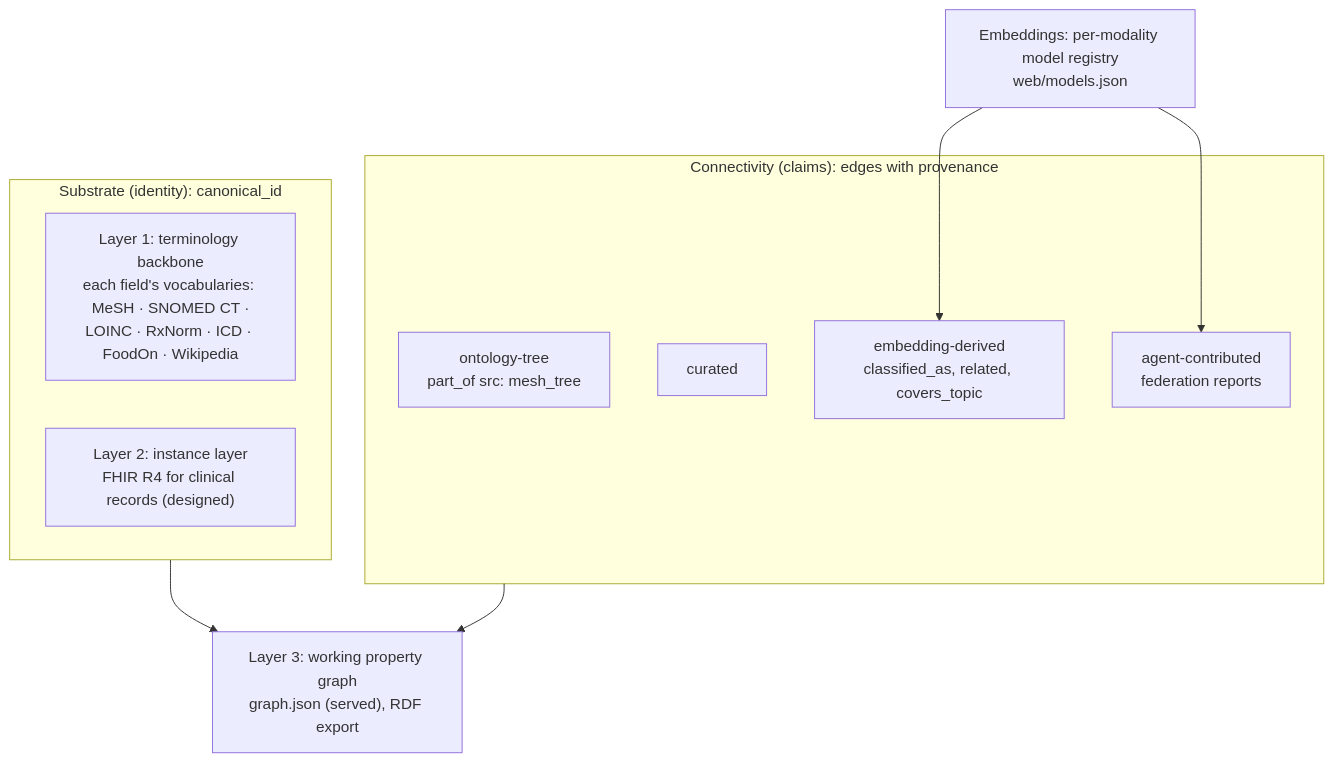
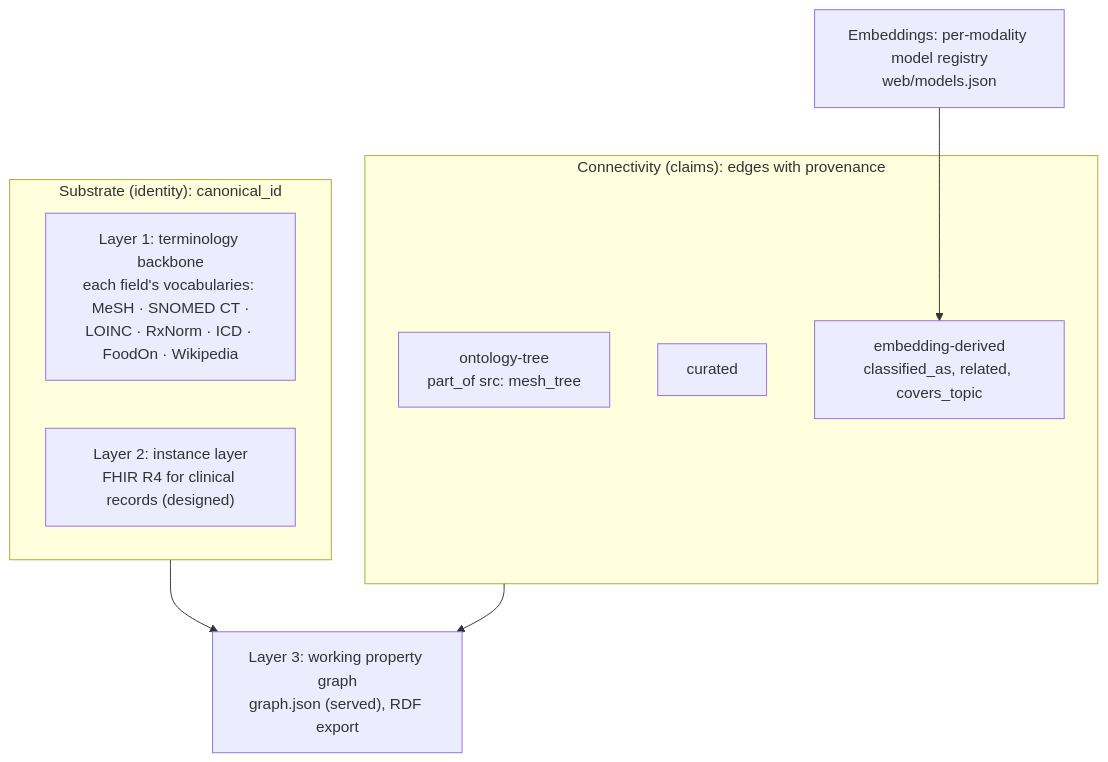
Before and after one commit to ThePanAtlas/docs: the first of 2 diagrams in docs/concepts/layers.md, drawn with Mermaid. The commit also changed other lines of this file and 19 other files, not shown here.

````diff
--- a/docs/concepts/layers.md
+++ b/docs/concepts/layers.md
@@ -25,19 +25,17 @@
 ```mermaid
 flowchart TB
     subgraph SUB["Substrate (identity): canonical_id"]
       T["Layer 1: terminology backbone<br/>each field's vocabularies: MeSH · SNOMED CT ·<br/>LOINC · RxNorm · ICD · FoodOn · Wikipedia"]
       I["Layer 2: instance layer<br/>FHIR R4 for clinical records (designed)"]
     end
     subgraph CON["Connectivity (claims): edges with provenance"]
       OT["ontology-tree<br/>part_of src: mesh_tree"]
       CU["curated"]
       ED["embedding-derived<br/>classified_as, related, covers_topic"]
-      AG["agent-contributed<br/>federation reports"]
     end
     EMB["Embeddings: per-modality model registry<br/>web/models.json"]
     W["Layer 3: working property graph<br/>graph.json (served), RDF export"]
     EMB --> ED
-    EMB --> AG
     SUB --> W
     CON --> W
 ```
````
